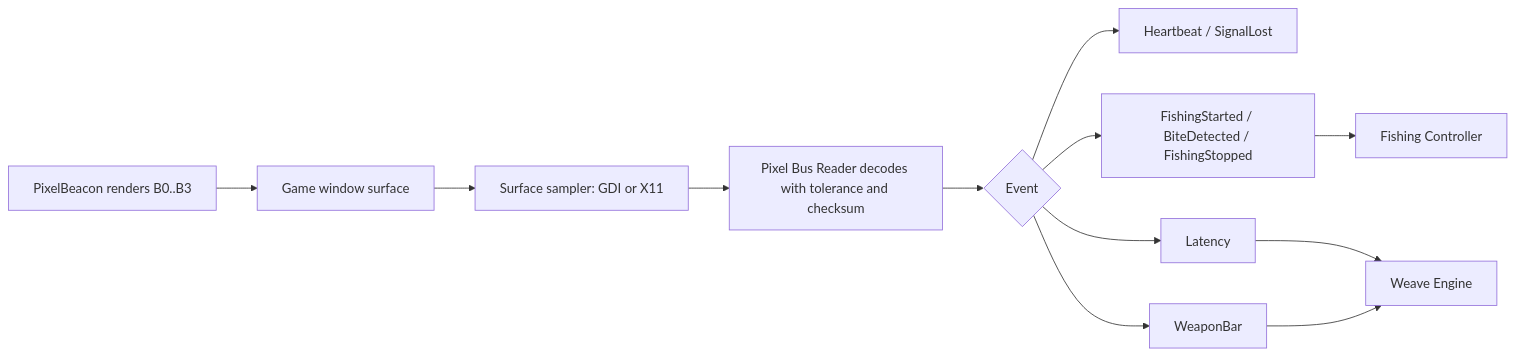
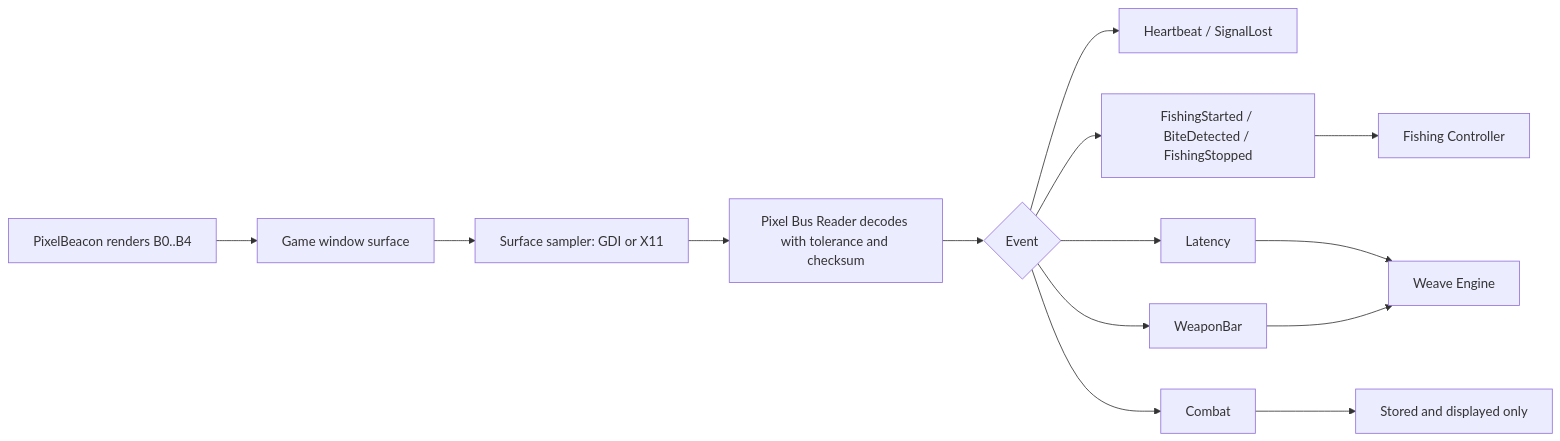
One commit to h8rt3rmin8r/eso-weave changed the sixth of 10 diagrams in docs/ESO-Weave-Specification-v0.2.0.md. Above: the diagram before and after it, drawn with Mermaid. The commit also changed other lines of this file and 28 other files, not shown here.

````diff
--- a/docs/ESO-Weave-Specification-v0.2.0.md
+++ b/docs/ESO-Weave-Specification-v0.2.0.md
@@ -509,14 +529,16 @@
 ```mermaid
 flowchart LR
-    ADDON[PixelBeacon renders B0..B3] --> SURF[Game window surface]
+    ADDON[PixelBeacon renders B0..B4] --> SURF[Game window surface]
     SURF --> SMP[Surface sampler: GDI or X11]
     SMP --> RDR[Pixel Bus Reader decodes with tolerance and checksum]
     RDR --> EVT{Event}
     EVT --> HB[Heartbeat / SignalLost]
     EVT --> FISH[FishingStarted / BiteDetected / FishingStopped]
     EVT --> LAT[Latency]
     EVT --> WB[WeaponBar]
+    EVT --> CMB[Combat]
     FISH --> FC[Fishing Controller]
     LAT --> WE[Weave Engine]
     WB --> WE
+    CMB --> STORE[Stored and displayed only]
 ```
````
